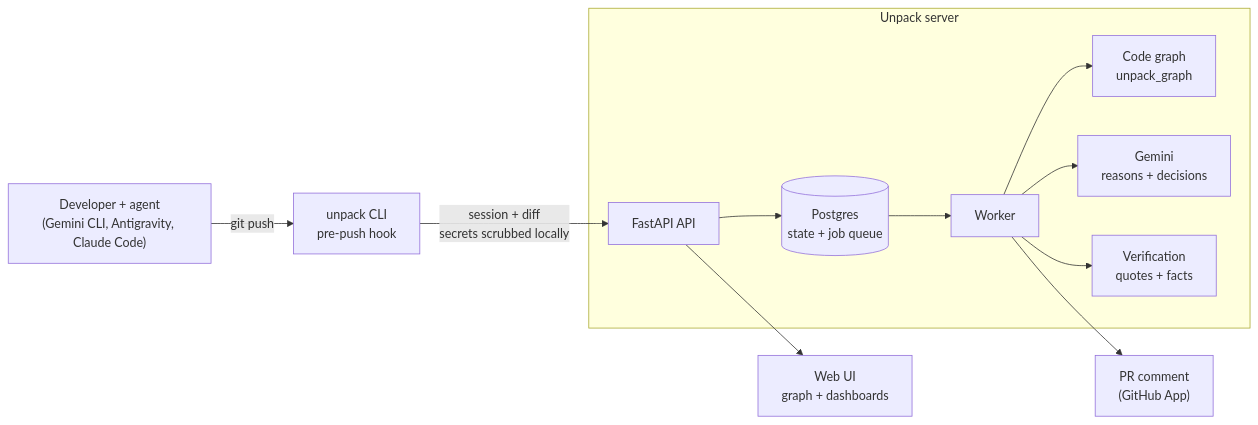
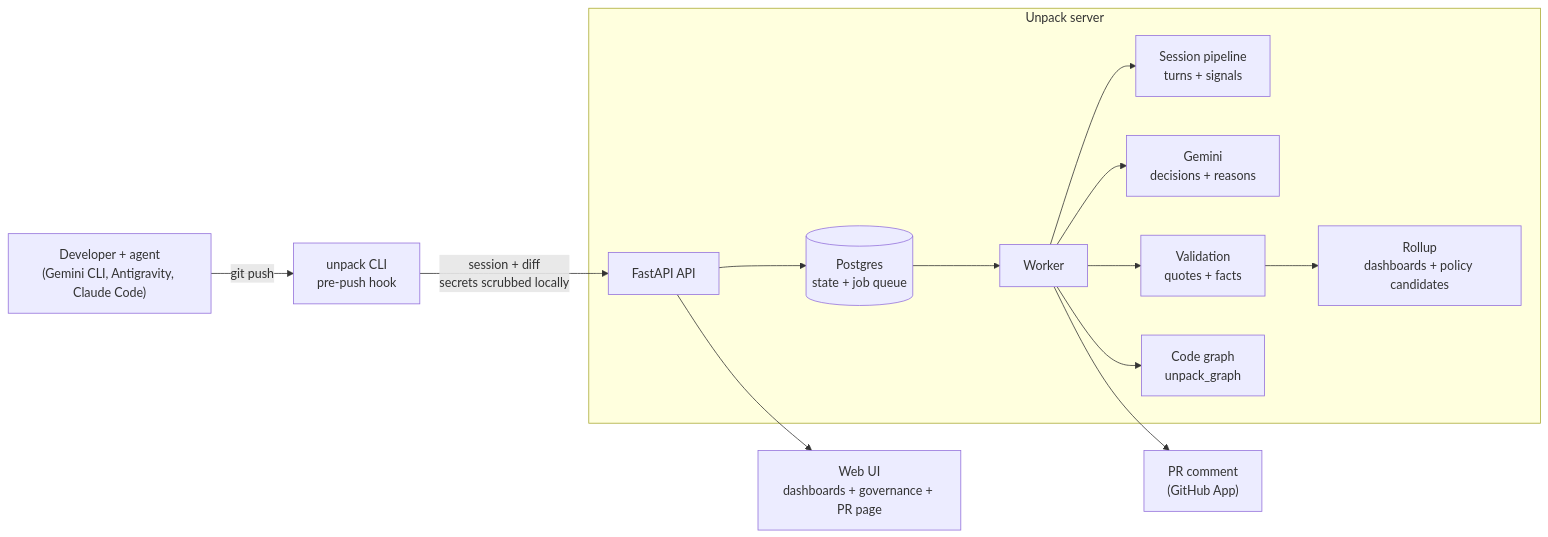
Before and after one commit to Shrish236/unpack: the diagram in README.md, drawn with Mermaid. The commit also changed other lines of this file and 12 other files, not shown here.

First line of the commit message:
Rewrite the README around session analysis, validation and governance

````diff
--- a/README.md
+++ b/README.md
@@ -53,14 +113,16 @@
 ```mermaid
 flowchart LR
     Dev["Developer + agent<br/>(Gemini CLI, Antigravity, Claude Code)"] -- git push --> Hook["unpack CLI<br/>pre-push hook"]
     Hook -- "session + diff<br/>secrets scrubbed locally" --> API
     subgraph Server["Unpack server"]
         API["FastAPI API"] --> Q[("Postgres<br/>state + job queue")]
         Q --> W["Worker"]
+        W --> S["Session pipeline<br/>turns + signals"]
+        W --> L["Gemini<br/>decisions + reasons"]
+        W --> V["Validation<br/>quotes + facts"]
         W --> G["Code graph<br/>unpack_graph"]
-        W --> L["Gemini<br/>reasons + decisions"]
-        W --> V["Verification<br/>quotes + facts"]
+        V --> R["Rollup<br/>dashboards + policy candidates"]
     end
     W --> C["PR comment<br/>(GitHub App)"]
-    API --> UI["Web UI<br/>graph + dashboards"]
+    API --> UI["Web UI<br/>dashboards + governance + PR page"]
 ```
````
